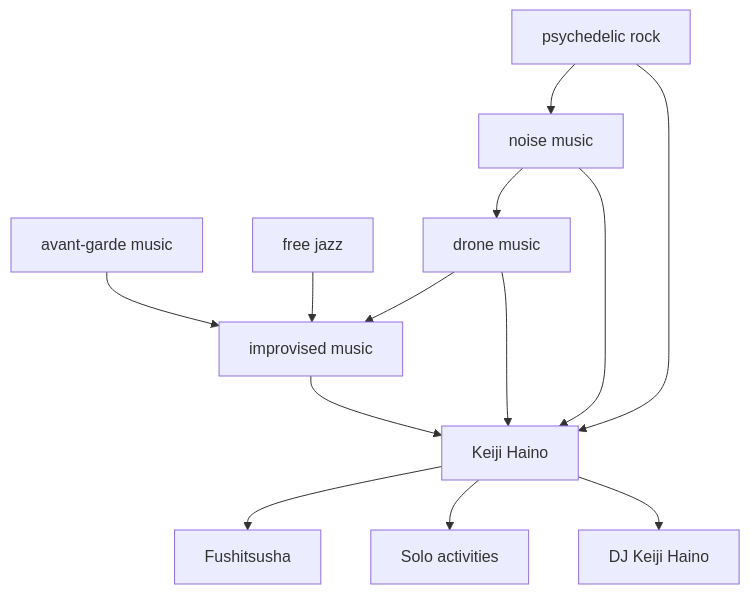
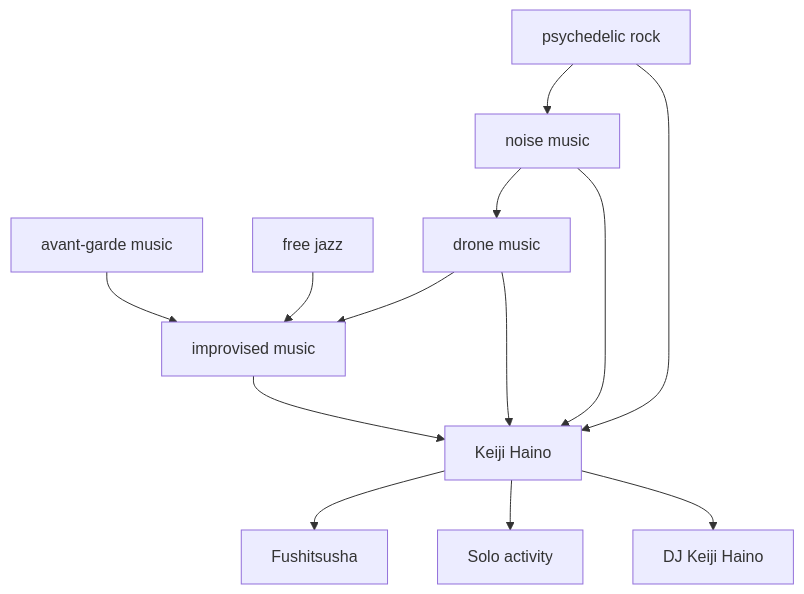
Before and after one commit to monumental-movement/monumental-movement.github.io: the ninth of 9 diagrams in en/_posts/2026-03-06-column-keiji-haino.md, drawn with Mermaid. The commit also changed other lines of this file and 445 other files, not shown here.

```diff
--- a/en/_posts/2026-03-06-column-keiji-haino.md
+++ b/en/_posts/2026-03-06-column-keiji-haino.md
@@ -718,29 +718,29 @@
 <div class="mermaid">
 
 graph TD
 
 AvantGarde[avant-garde music]
 FreeJazz[free jazz]
 Noise[noise music]
 Drone[drone music]
 Psychedelic[psychedelic rock]
 Improvisation[improvised music]
 
 Haino[Keiji Haino]
 
 AvantGarde --> Improvisation
 FreeJazz --> Improvisation
 Noise --> Drone
 Drone --> Improvisation
 Psychedelic --> Noise
 
 Improvisation --> Haino
 Noise --> Haino
 Drone --> Haino
 Psychedelic --> Haino
 
 Haino --> Fushitsusha[Fushitsusha]
-Haino --> SoloWorks[Solo activities]
+Haino --> SoloWorks[Solo activity]
 Haino --> DJStyle[DJ Keiji Haino]
 
 </div>
```
